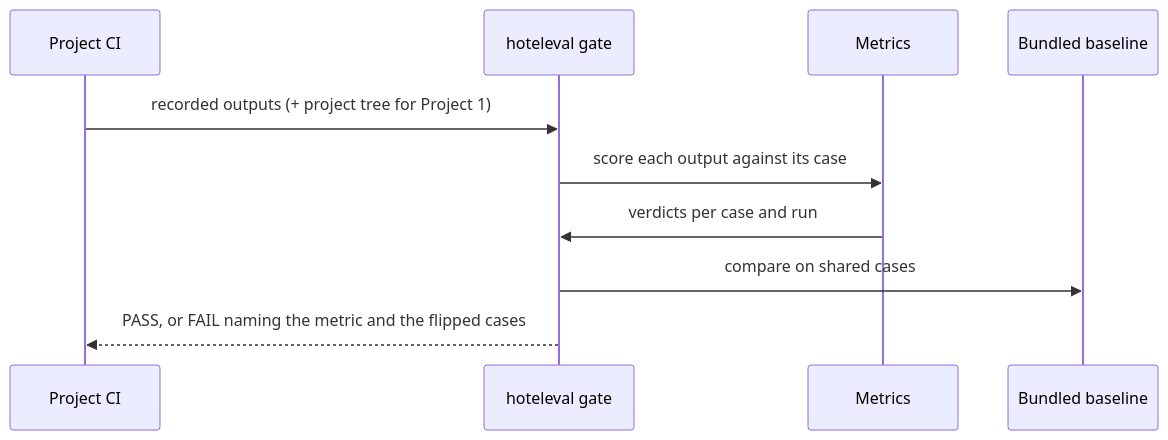
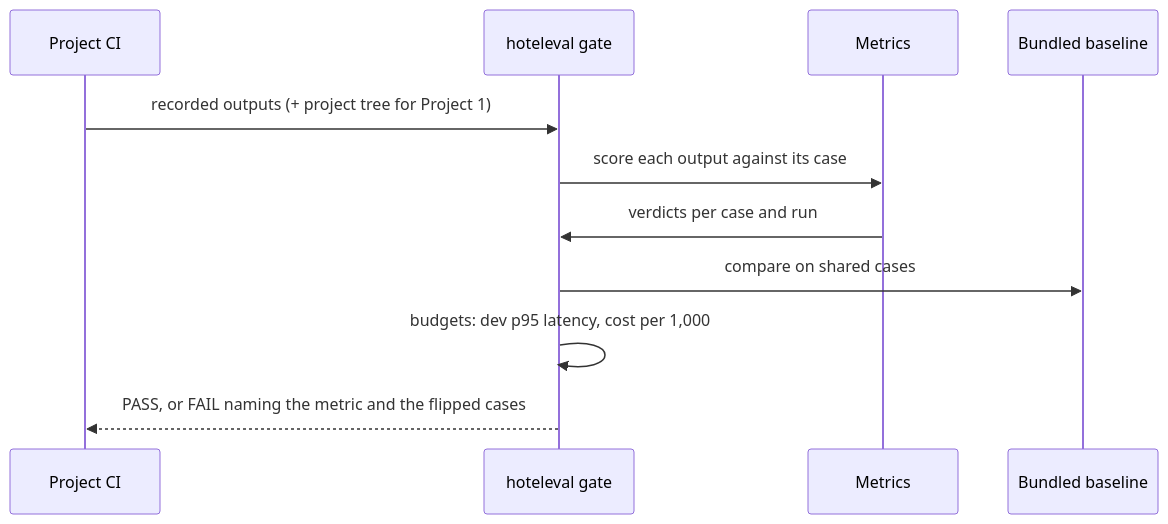
Before and after one commit to vamsialladev/eval-harness: the second of 2 diagrams in README.md, drawn with Mermaid. The commit also changed other lines of this file and 5 other files, not shown here.

Commit message:
docs: AI-narrated demo video, README in the portfolio order, why I built it; diagrams show v1.2.0 budgets

````diff
--- a/README.md
+++ b/README.md
@@ -108,12 +101,13 @@
 ```mermaid
 sequenceDiagram
     participant CI as Project CI
     participant H as hoteleval gate
     participant M as Metrics
     participant B as Bundled baseline
     CI->>H: recorded outputs (+ project tree for Project 1)
     H->>M: score each output against its case
     M->>H: verdicts per case and run
     H->>B: compare on shared cases
+    H->>H: budgets: dev p95 latency, cost per 1,000
     H-->>CI: PASS, or FAIL naming the metric and the flipped cases
 ```
````
